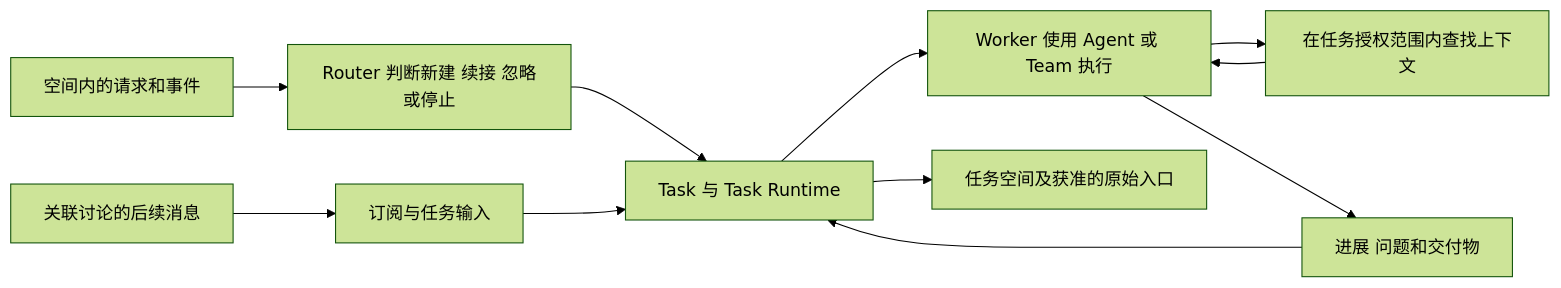
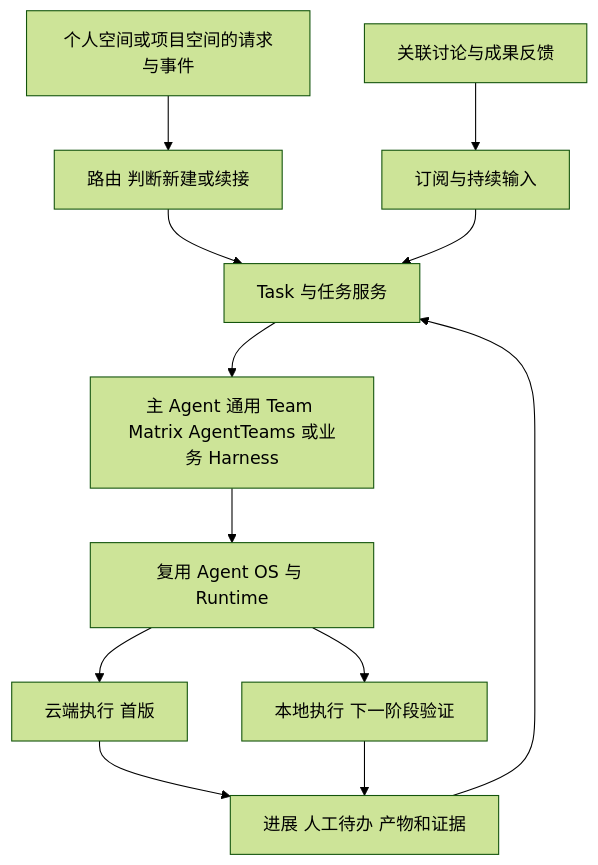
Before and after one commit to hecotr/cimi-work: the diagram in docs/Cimi-Work-PRD.md, drawn with Mermaid (forest theme). The commit also changed other lines of this file, not shown here.

````diff
--- a/docs/Cimi-Work-PRD.md
+++ b/docs/Cimi-Work-PRD.md
@@ -238,13 +347,14 @@
 ```mermaid
-flowchart LR
-    E[空间内的请求和事件] --> R[Router 判断新建 续接 忽略或停止]
-    R --> T[Task 与 Task Runtime]
-    T --> W[Worker 使用 Agent 或 Team 执行]
-    W --> C[在任务授权范围内查找上下文]
-    C --> W
-    W --> O[进展 问题和交付物]
-    O --> T
-    T --> H[任务空间及获准的原始入口]
-    F[关联讨论的后续消息] --> S[订阅与任务输入]
-    S --> T
+flowchart TB
+    A[个人空间或项目空间的请求与事件] --> B[路由 判断新建或续接]
+    B --> C[Task 与任务服务]
+    C --> D[主 Agent 通用 Team Matrix AgentTeams 或业务 Harness]
+    D --> E[复用 Agent OS 与 Runtime]
+    E --> F[云端执行 首版]
+    E --> G[本地执行 下一阶段验证]
+    F --> H[进展 人工待办 产物和证据]
+    G --> H
+    H --> C
+    I[关联讨论与成果反馈] --> J[订阅与持续输入]
+    J --> C
 ```
````
